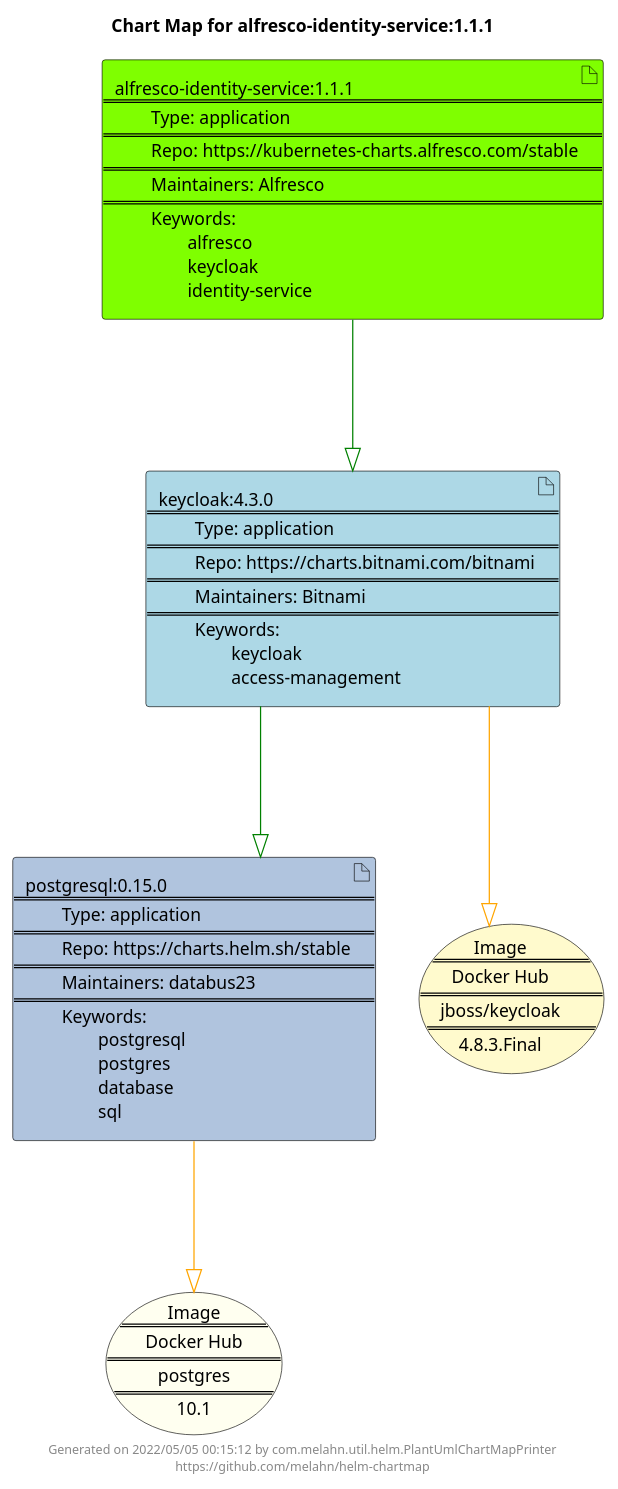
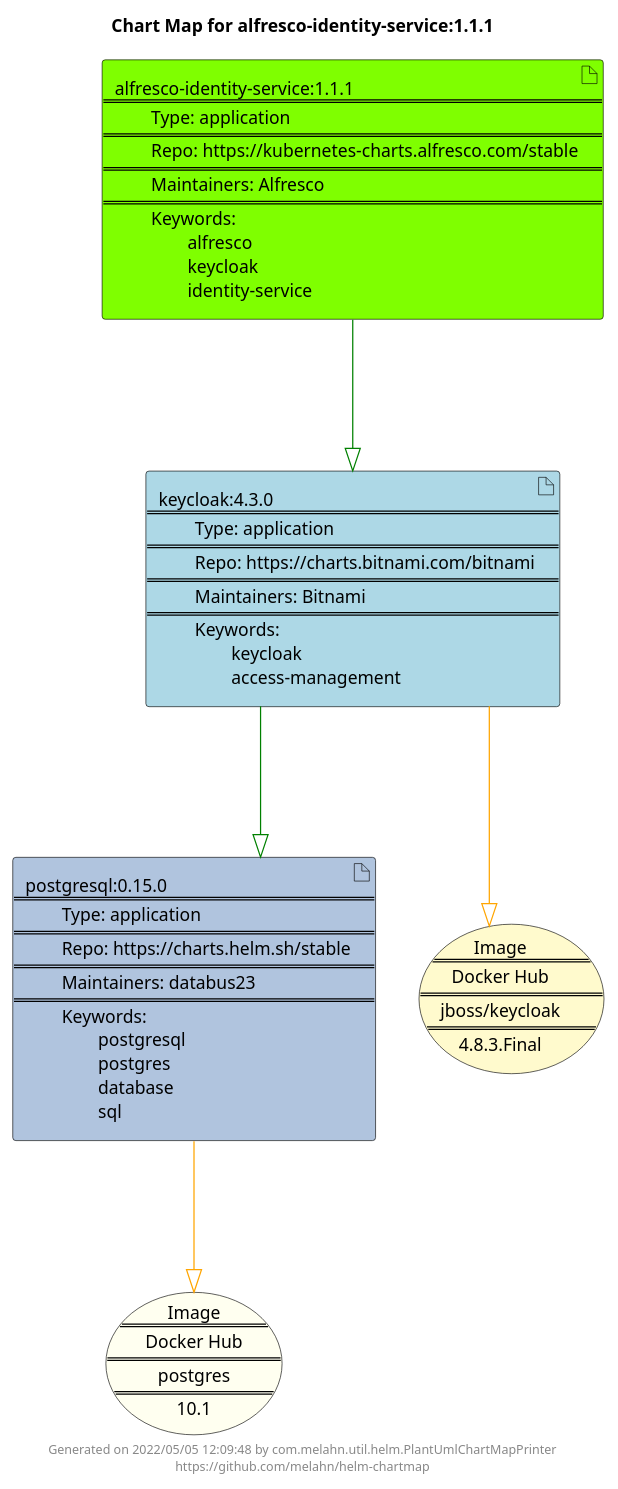
The diagram in docs/alfresco-identity-service/alfresco-identity-service-1.1.1.puml (melahn/helm-chartmap), drawn with PlantUML before and after one commit. The commit also changed 62 other files, not shown here.

Commit message:
Update Example Chart Maps as part of GitHub build

```diff
--- a/docs/alfresco-identity-service/alfresco-identity-service-1.1.1.puml
+++ b/docs/alfresco-identity-service/alfresco-identity-service-1.1.1.puml
@@ -1,27 +1,27 @@
 @startuml
 skinparam linetype ortho
 skinparam backgroundColor white
 skinparam usecaseBorderColor black
 skinparam usecaseArrowColor LightSlateGray
 skinparam artifactBorderColor black
 skinparam artifactArrowColor LightSlateGray
 
 title Chart Map for alfresco-identity-service:1.1.1
 
 'There are 3 referenced Helm Charts
 artifact "postgresql:0.15.0\n====\n\tType: application\n====\n\tRepo: https://charts.helm.sh/stable\n====\n\tMaintainers: databus23\n====\n\tKeywords: \n\t\tpostgresql\n\t\tpostgres\n\t\tdatabase\n\t\tsql" as postgresql_0_15_0 #LightSteelBlue
 artifact "alfresco-identity-service:1.1.1\n====\n\tType: application\n====\n\tRepo: https://kubernetes-charts.alfresco.com/stable\n====\n\tMaintainers: Alfresco\n====\n\tKeywords: \n\t\talfresco\n\t\tkeycloak\n\t\tidentity-service" as alfresco_identity_service_1_1_1 #Chartreuse
 artifact "keycloak:4.3.0\n====\n\tType: application\n====\n\tRepo: https://charts.bitnami.com/bitnami\n====\n\tMaintainers: Bitnami\n====\n\tKeywords: \n\t\tkeycloak\n\t\taccess-management" as keycloak_4_3_0 #LightBlue
 
 'There are 2 referenced Docker Images
 usecase "Image\n====\nDocker Hub\n====\npostgres\n====\n10.1" as postgres_10_1 #Ivory
 usecase "Image\n====\nDocker Hub\n====\njboss/keycloak\n====\n4.8.3.Final" as jboss_keycloak_4_8_3_Final #LemonChiffon
 
 'Chart Dependencies
 alfresco_identity_service_1_1_1--[#green]-|>keycloak_4_3_0
 keycloak_4_3_0--[#green]-|>postgresql_0_15_0
 postgresql_0_15_0--[#orange]-|>postgres_10_1
 keycloak_4_3_0--[#orange]-|>jboss_keycloak_4_8_3_Final
 
-center footer Generated on 2022/05/05 00:15:12 by com.melahn.util.helm.PlantUmlChartMapPrinter\nhttps://github.com/melahn/helm-chartmap
+center footer Generated on 2022/05/05 12:09:48 by com.melahn.util.helm.PlantUmlChartMapPrinter\nhttps://github.com/melahn/helm-chartmap
 @enduml
```
